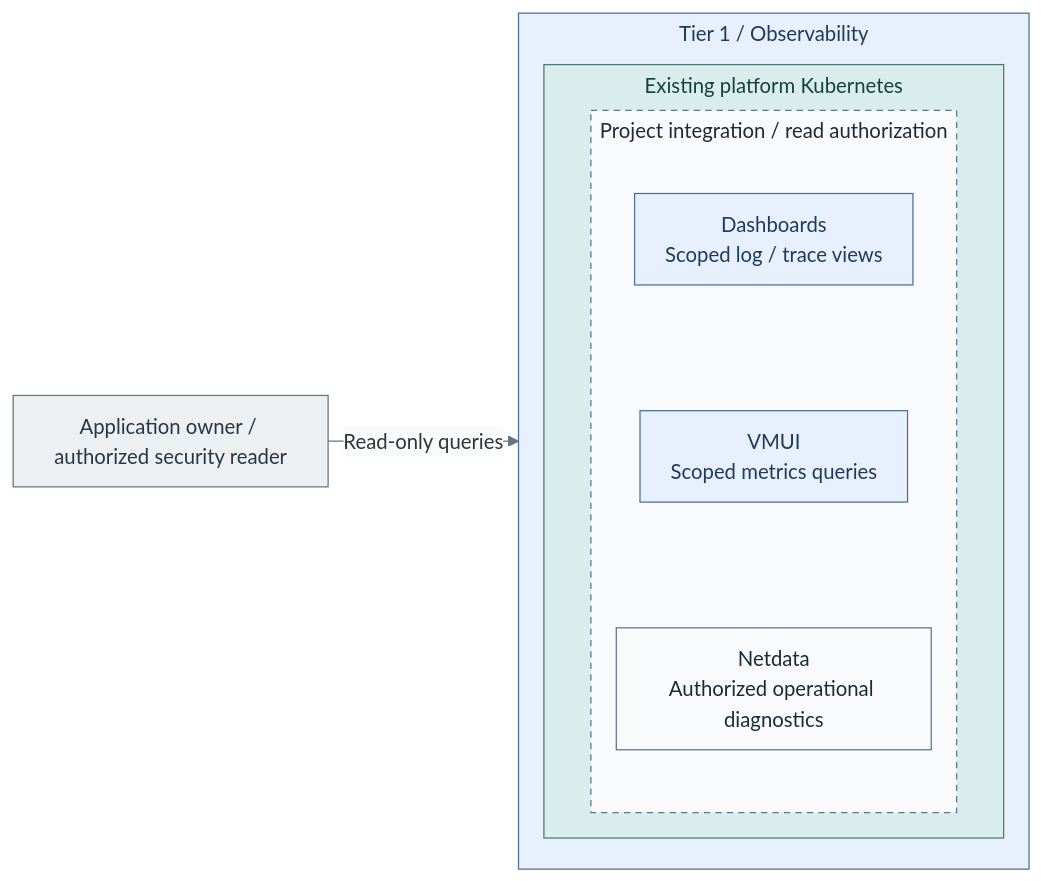
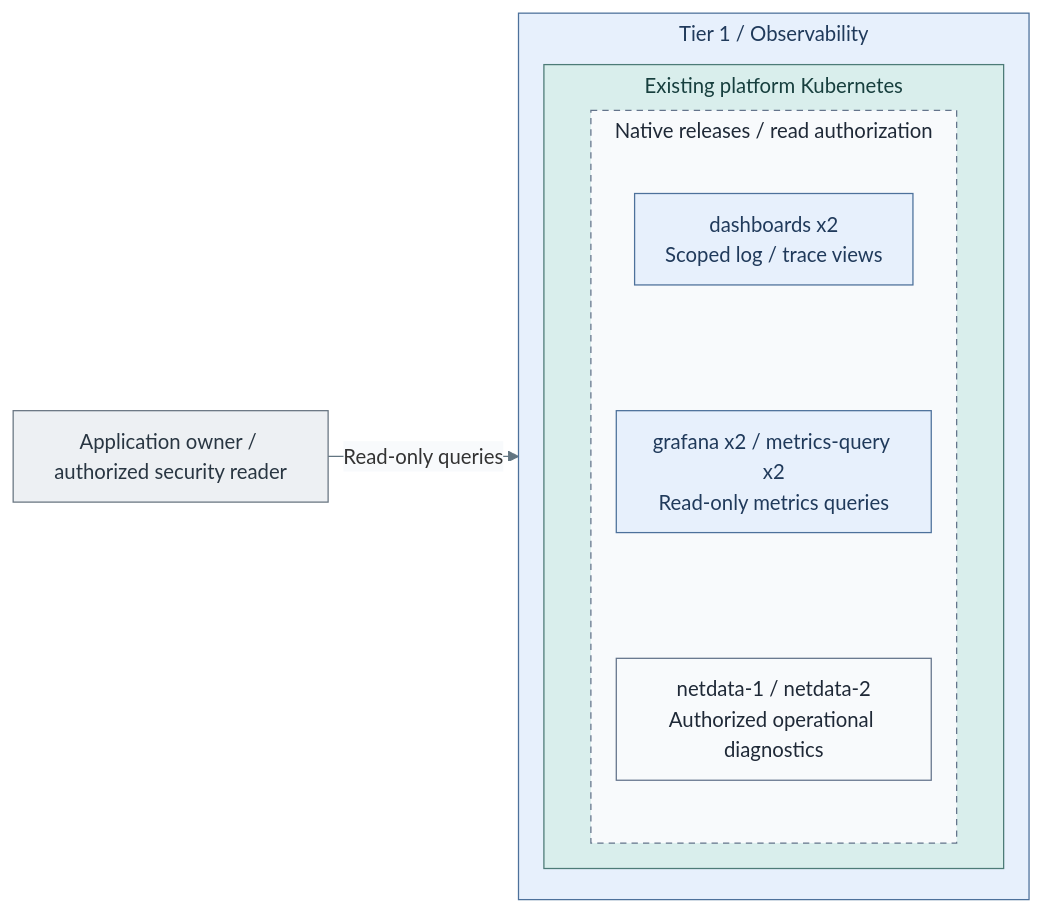
The fourth of 4 diagrams in docs/deployment/stage-8-observability/README.md (Rexus/homelab), drawn with Mermaid before and after one commit. The commit also changed other lines of this file and 353 other files, not shown here.

````diff
--- a/docs/deployment/stage-8-observability/README.md
+++ b/docs/deployment/stage-8-observability/README.md
@@ -233,27 +228,27 @@
 ```mermaid
 %%{init: {"theme":"base","flowchart":{"nodeSpacing":20,"rankSpacing":24,"padding":12,"subGraphTitleMargin":{"top":4,"bottom":12}},"themeVariables":{"lineColor":"#627581","edgeLabelBackground":"#f8fafc"}}}%%
 flowchart LR
   Reader["Application owner / authorized security reader"]
   subgraph T1["Tier 1 / Observability"]
     subgraph Cluster["Existing platform Kubernetes"]
-      subgraph Project["Project integration / read authorization"]
+      subgraph Project["Native releases / read authorization"]
         direction TB
-        Search["Dashboards<br/>Scoped log / trace views"]
-        Metrics["VMUI<br/>Scoped metrics queries"]
-        Diagnostics["Netdata<br/>Authorized operational diagnostics"]
+        Search["dashboards x2<br/>Scoped log / trace views"]
+        Metrics["grafana x2 / metrics-query x2<br/>Read-only metrics queries"]
+        Diagnostics["netdata-1 / netdata-2<br/>Authorized operational diagnostics"]
         Search ~~~ Metrics
         Metrics ~~~ Diagnostics
       end
     end
   end
   Reader -->|Read-only queries| T1
   classDef default fill:#f8fafc,stroke:#64748b,color:#1f2937
   classDef services fill:#e7f0fc,stroke:#4d719b,color:#203a5b
   classDef runtime fill:#d9eeec,stroke:#4d7b77,color:#173f3e
   classDef replicas fill:#f8fafc,stroke:#64748b,color:#1f2937,stroke-dasharray:5 4
   classDef actor fill:#edf0f3,stroke:#697682,color:#293642
   class T1,Search,Metrics services
   class Cluster runtime
   class Project replicas
   class Reader actor
 ```
````
